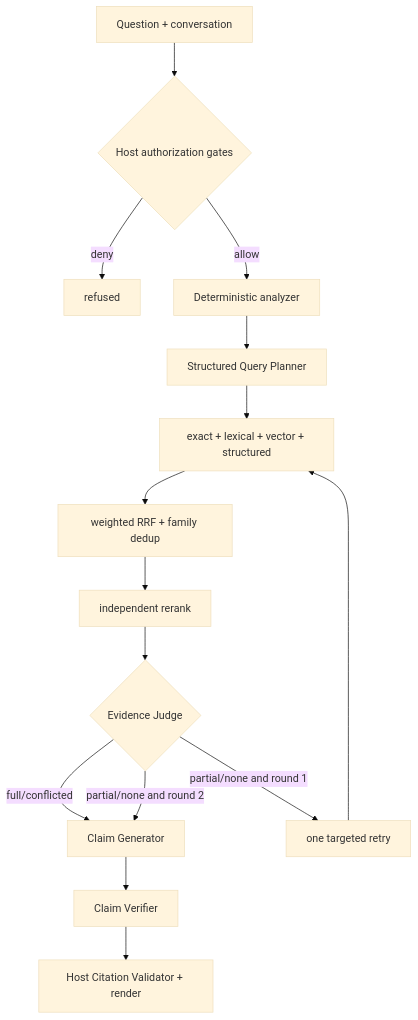
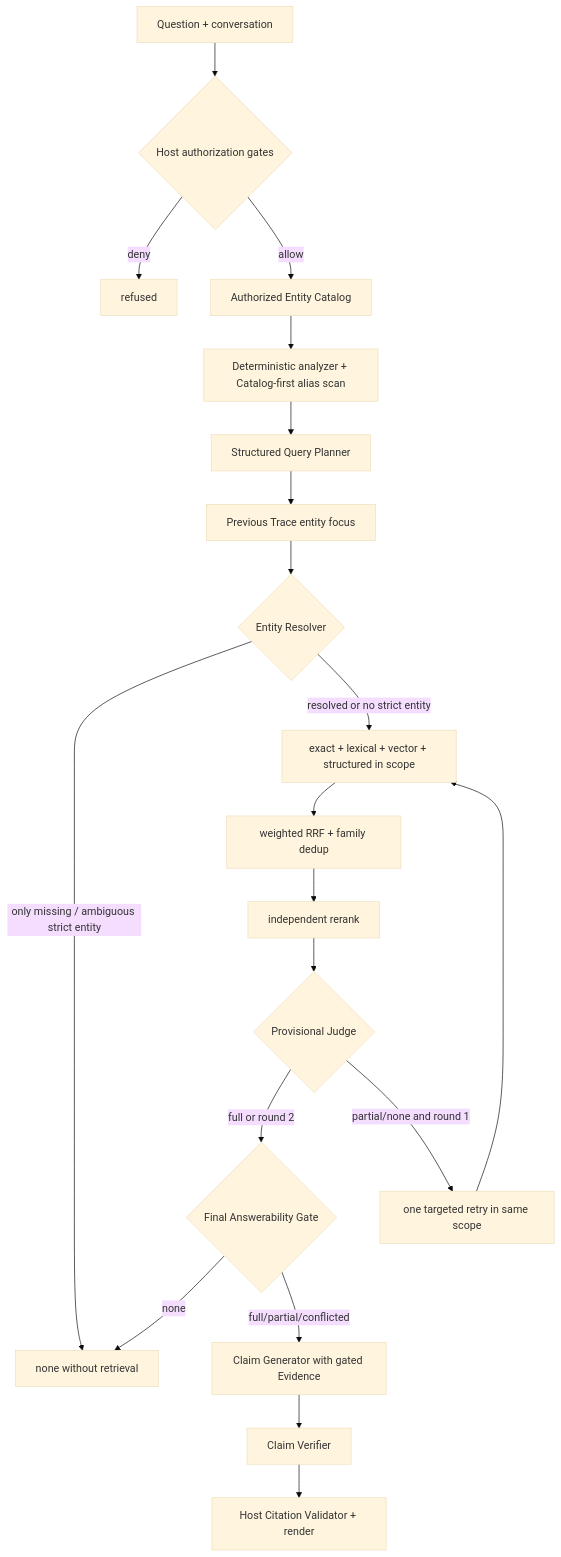
One commit to monshunter/askme changed the third of 3 diagrams in docs/architecture/DESIGN-005.md. Above: the diagram before and after it, drawn with Mermaid (base theme). The commit also changed other lines of this file and 64 other files, not shown here.

````diff
--- a/docs/architecture/DESIGN-005.md
+++ b/docs/architecture/DESIGN-005.md
@@ -183,17 +225,22 @@
 ```mermaid
 flowchart TD
   Q["Question + conversation"] --> G{"Host authorization gates"}
   G -->|deny| RF["refused"]
-  G -->|allow| DQ["Deterministic analyzer"]
+  G -->|allow| EC["Authorized Entity Catalog"]
+  EC --> DQ["Deterministic analyzer + Catalog-first alias scan"]
   DQ --> QP["Structured Query Planner"]
-  QP --> MR["exact + lexical + vector + structured"]
+  QP --> CF["Previous Trace entity focus"]
+  CF --> ER{"Entity Resolver"}
+  ER -->|only missing / ambiguous strict entity| NE["none without retrieval"]
+  ER -->|resolved or no strict entity| MR["exact + lexical + vector + structured in scope"]
   MR --> RRF["weighted RRF + family dedup"]
   RRF --> RR["independent rerank"]
-  RR --> J{"Evidence Judge"}
-  J -->|full/conflicted| A["Claim Generator"]
-  J -->|partial/none and round 1| RET["one targeted retry"]
+  RR --> J{"Provisional Judge"}
+  J -->|full or round 2| AJ{"Final Answerability Gate"}
+  J -->|partial/none and round 1| RET["one targeted retry in same scope"]
   RET --> MR
-  J -->|partial/none and round 2| A
+  AJ -->|none| NE
+  AJ -->|full/partial/conflicted| A["Claim Generator with gated Evidence"]
   A --> V["Claim Verifier"]
   V --> C["Host Citation Validator + render"]
 ```
````
